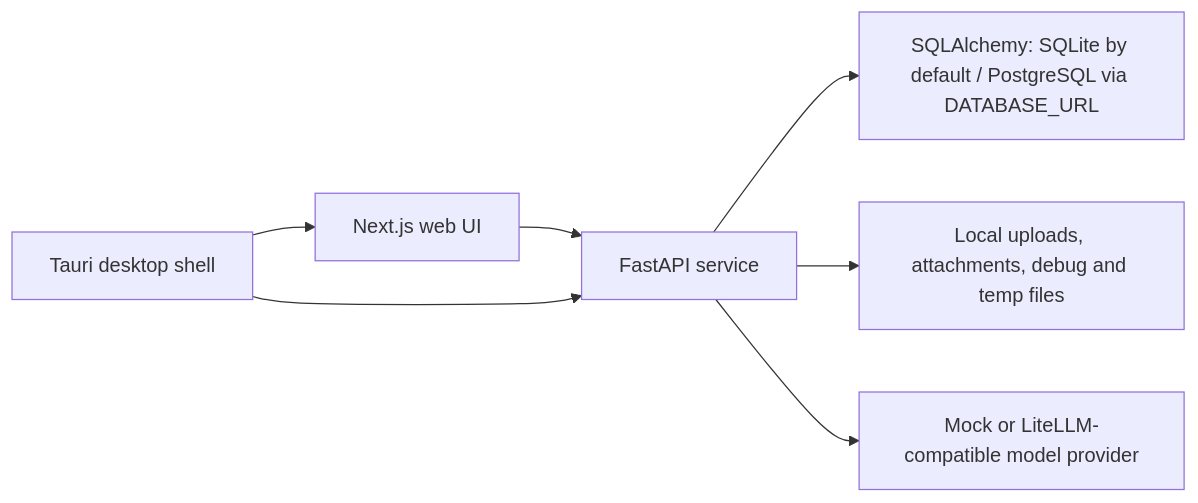
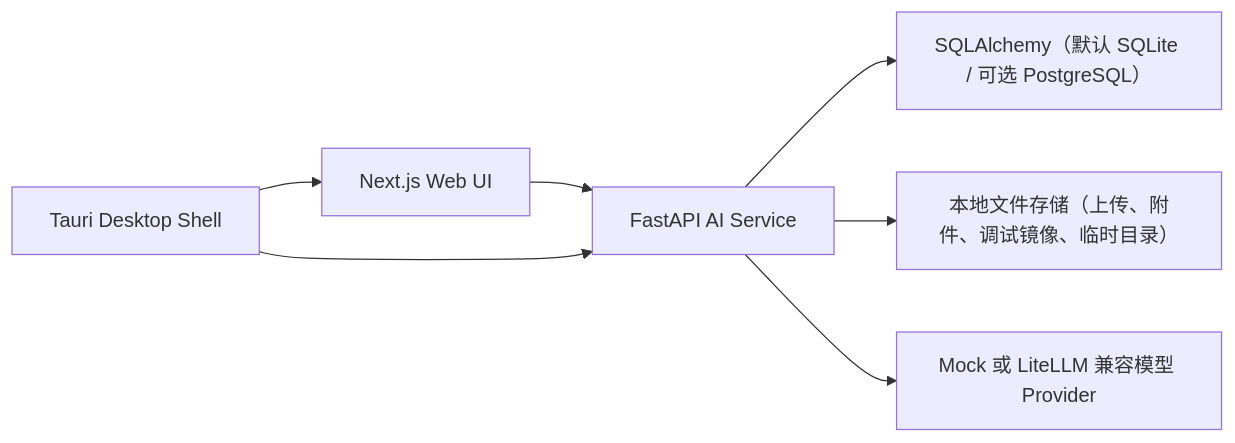
The diagram in docs/architecture.md (FrightenedFoxCN/vibe-learner), drawn with Mermaid before and after one commit. The commit also changed other lines of this file and 87 other files, not shown here.

````diff
--- a/docs/architecture.md
+++ b/docs/architecture.md
@@ -15,9 +17,9 @@
 ```mermaid
 flowchart LR
-    W["Next.js web UI"] --> A["FastAPI service"]
-    D["Tauri desktop shell"] --> W
+    W["Next.js Web UI"] --> A["FastAPI AI Service"]
+    D["Tauri Desktop Shell"] --> W
     D --> A
-    A --> DB["SQLAlchemy: SQLite by default / PostgreSQL via DATABASE_URL"]
-    A --> FS["Local uploads, attachments, debug and temp files"]
-    A --> M["Mock or LiteLLM-compatible model provider"]
+    A --> DB["SQLAlchemy（默认 SQLite / 可选 PostgreSQL）"]
+    A --> FS["本地文件存储（上传、附件、调试镜像、临时目录）"]
+    A --> M["Mock 或 LiteLLM 兼容模型 Provider"]
 ```
````
